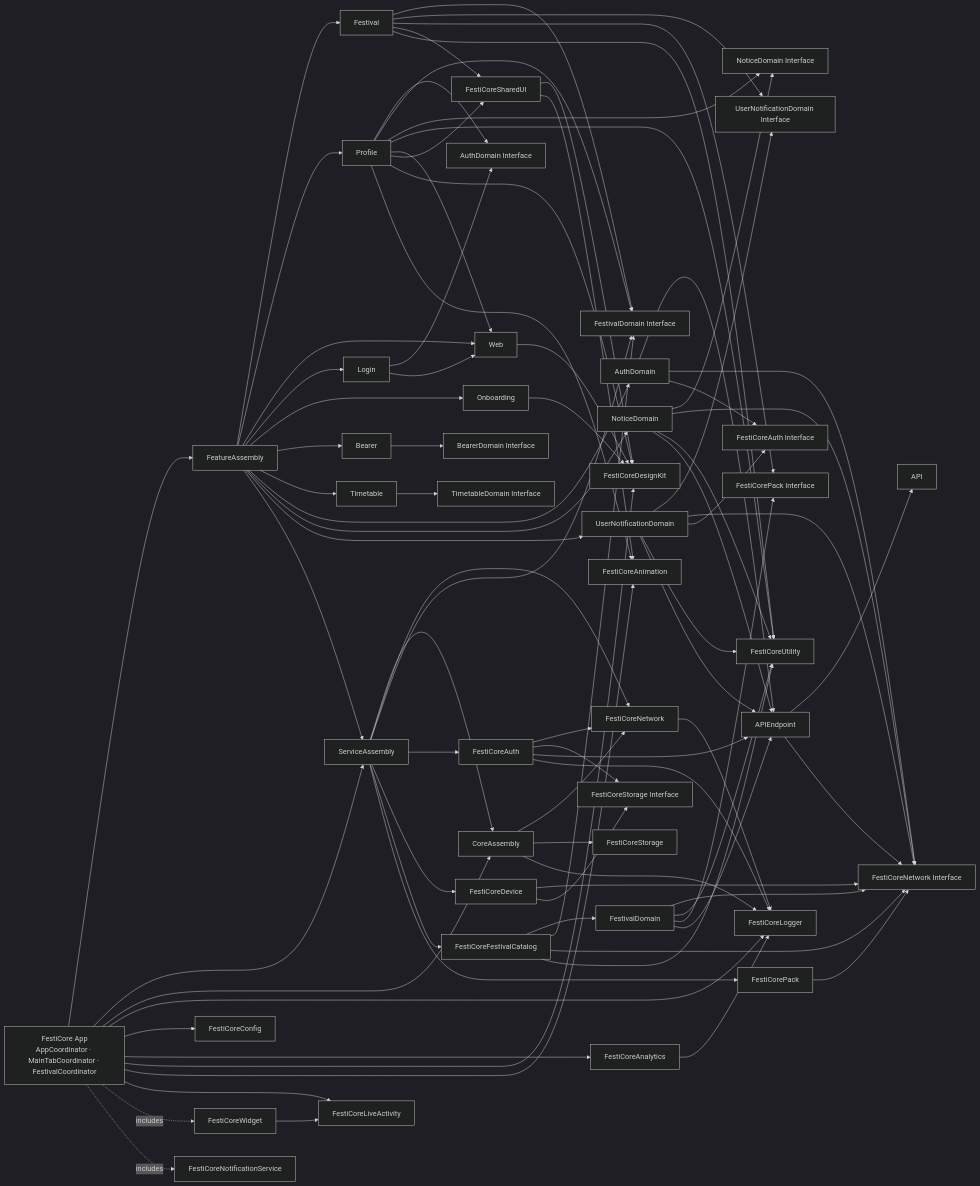
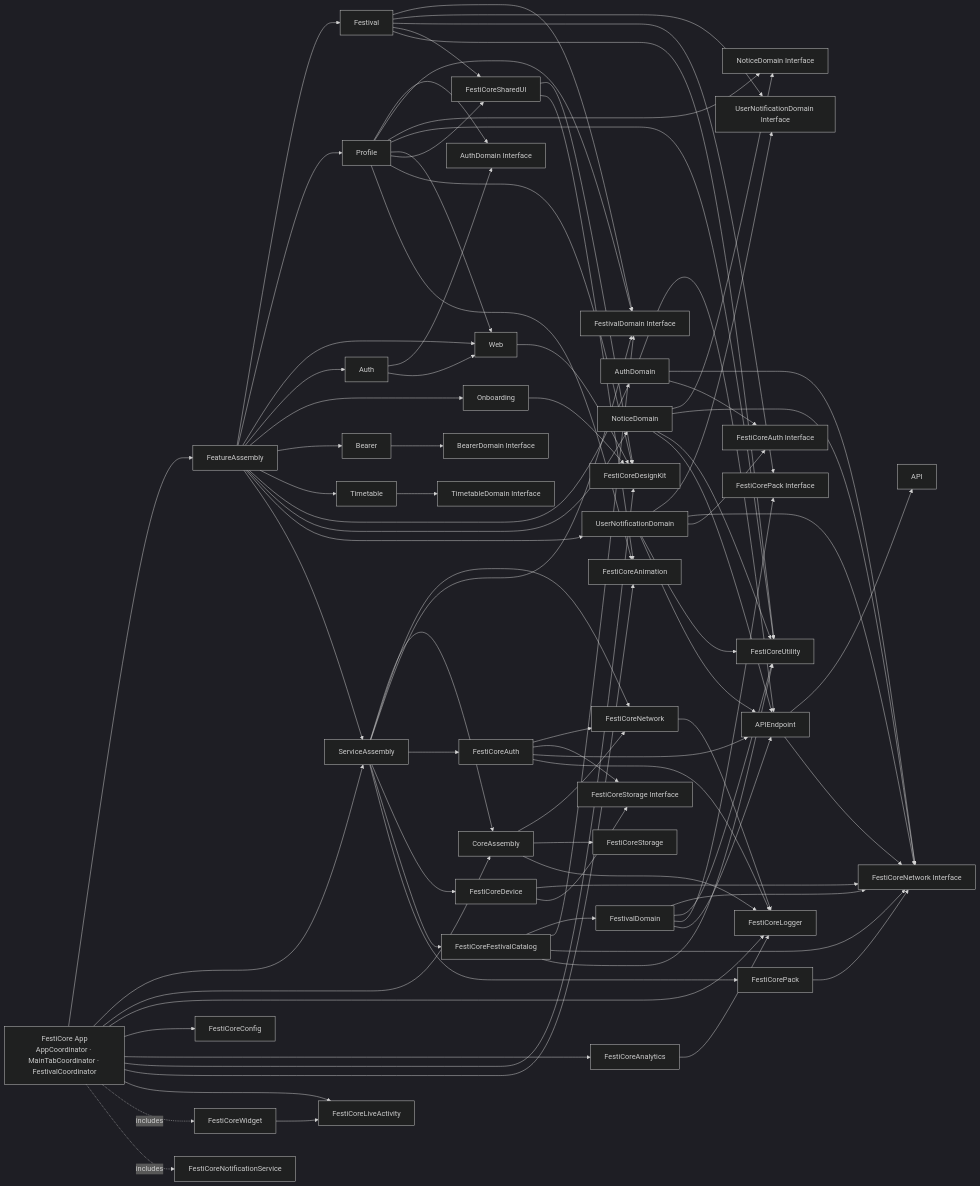
Before and after one commit to FESTICORE/FestiCore-iOS: the diagram in docs/architecture/module-graph.mmd, drawn with Mermaid (dark theme). The commit also changed 19 other files, not shown here.

```diff
--- a/docs/architecture/module-graph.mmd
+++ b/docs/architecture/module-graph.mmd
@@ -1,132 +1,132 @@
 flowchart LR
   App["FestiCore App<br/>AppCoordinator · MainTabCoordinator · FestivalCoordinator"]
   FeatureAssembly["FeatureAssembly"]
   Festival["Festival"]
   Profile["Profile"]
   Web["Web"]
-  Login["Login"]
+  AuthFeature["Auth"]
   Onboarding["Onboarding"]
   Bearer["Bearer"]
   Timetable["Timetable"]
   AuthDomain["AuthDomain"]
   FestivalDomain["FestivalDomain"]
   NoticeDomain["NoticeDomain"]
   NoticeDomainInterface["NoticeDomain Interface"]
   UserNotificationDomain["UserNotificationDomain"]
   UserNotificationDomainInterface["UserNotificationDomain Interface"]
   FestivalDomainInterface["FestivalDomain Interface"]
   BearerDomainInterface["BearerDomain Interface"]
   TimetableDomainInterface["TimetableDomain Interface"]
   AuthDomainInterface["AuthDomain Interface"]
   PackInterface["FestiCorePack Interface"]
   ServiceAssembly["ServiceAssembly"]
   API["API"]
   Auth["FestiCoreAuth"]
   Analytics["FestiCoreAnalytics"]
   Config["FestiCoreConfig"]
   Device["FestiCoreDevice"]
   Catalog["FestiCoreFestivalCatalog"]
   Pack["FestiCorePack"]
   Network["FestiCoreNetwork"]
   StorageInterface["FestiCoreStorage Interface"]
   Storage["FestiCoreStorage"]
   Logger["FestiCoreLogger"]
   Utility["FestiCoreUtility"]
   LiveActivity["FestiCoreLiveActivity"]
   Animation["FestiCoreAnimation"]
   CoreAssembly["CoreAssembly"]
   APIEndpoint["APIEndpoint"]
   NetworkInterface["FestiCoreNetwork Interface"]
   SharedUI["FestiCoreSharedUI"]
   Design["FestiCoreDesignKit"]
   Widget["FestiCoreWidget"]
   Notification["FestiCoreNotificationService"]
 
   App --> FeatureAssembly
   App --> ServiceAssembly
   App --> CoreAssembly
   App --> Logger
   App --> Config
   App --> Analytics
   App --> Design
   App --> Animation
   App --> LiveActivity
   App -. includes .-> Widget
   App -. includes .-> Notification
 
   FeatureAssembly --> Festival
   FeatureAssembly --> Profile
   FeatureAssembly --> Web
-  FeatureAssembly --> Login
+  FeatureAssembly --> AuthFeature
   FeatureAssembly --> Onboarding
   FeatureAssembly --> Bearer
   FeatureAssembly --> Timetable
   FeatureAssembly --> AuthDomain
   FeatureAssembly --> NoticeDomain
   FeatureAssembly --> UserNotificationDomain
   FeatureAssembly --> ServiceAssembly
 
   Festival --> FestivalDomainInterface
   Festival --> UserNotificationDomainInterface
   Festival --> PackInterface
   Festival --> SharedUI
   Festival --> Utility
   Profile --> AuthDomainInterface
   Profile --> FestivalDomainInterface
   Profile --> NoticeDomainInterface
   Profile --> Utility
   Profile --> Web
   Profile --> SharedUI
   Profile --> Design
   Profile --> Animation
-  Login --> AuthDomainInterface
-  Login --> Web
+  AuthFeature --> AuthDomainInterface
+  AuthFeature --> Web
   Bearer --> BearerDomainInterface
   Timetable --> TimetableDomainInterface
   Onboarding --> Design
   Web --> Design
   SharedUI --> Design
 
   AuthDomain --> APIEndpoint
   AuthDomain --> NetworkInterface
   AuthDomain --> AuthInterface["FestiCoreAuth Interface"]
   FestivalDomain --> NetworkInterface
   FestivalDomain --> Utility
   FestivalDomain --> PackInterface
   FestivalDomain --> APIEndpoint
   NoticeDomain --> NoticeDomainInterface
   NoticeDomain --> NetworkInterface
   NoticeDomain --> Utility
   NoticeDomain --> APIEndpoint
   UserNotificationDomain --> UserNotificationDomainInterface
   UserNotificationDomain --> NetworkInterface
   UserNotificationDomain --> AuthInterface
   UserNotificationDomain --> Utility
   UserNotificationDomain --> APIEndpoint
   ServiceAssembly --> CoreAssembly
   ServiceAssembly --> Network
   ServiceAssembly --> FestivalDomainInterface
   ServiceAssembly --> Auth
   ServiceAssembly --> Device
   ServiceAssembly --> Catalog
   ServiceAssembly --> Pack
   Catalog --> FestivalDomain
   Catalog --> FestivalDomainInterface
   Catalog --> NetworkInterface
   Catalog --> Utility
   Auth --> Network
   Auth --> StorageInterface
   Auth --> APIEndpoint
   Auth --> Logger
   Device --> NetworkInterface
   Device --> StorageInterface
   Pack --> NetworkInterface
   Analytics --> Logger
   APIEndpoint --> API
   APIEndpoint --> NetworkInterface
   CoreAssembly --> Network
   CoreAssembly --> Storage
   CoreAssembly --> Logger
   Network --> Logger
   SharedUI --> Animation
   Widget --> LiveActivity
```
